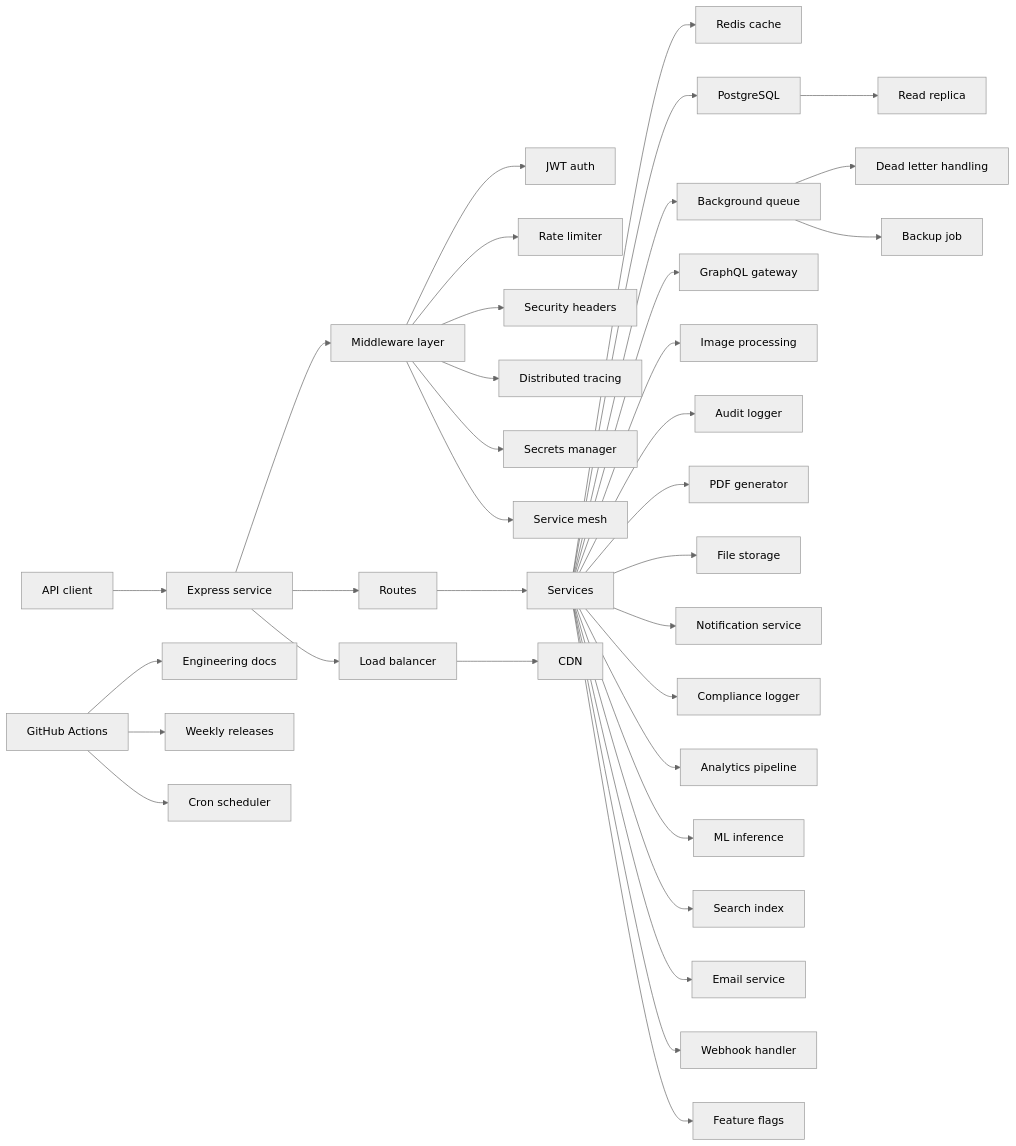
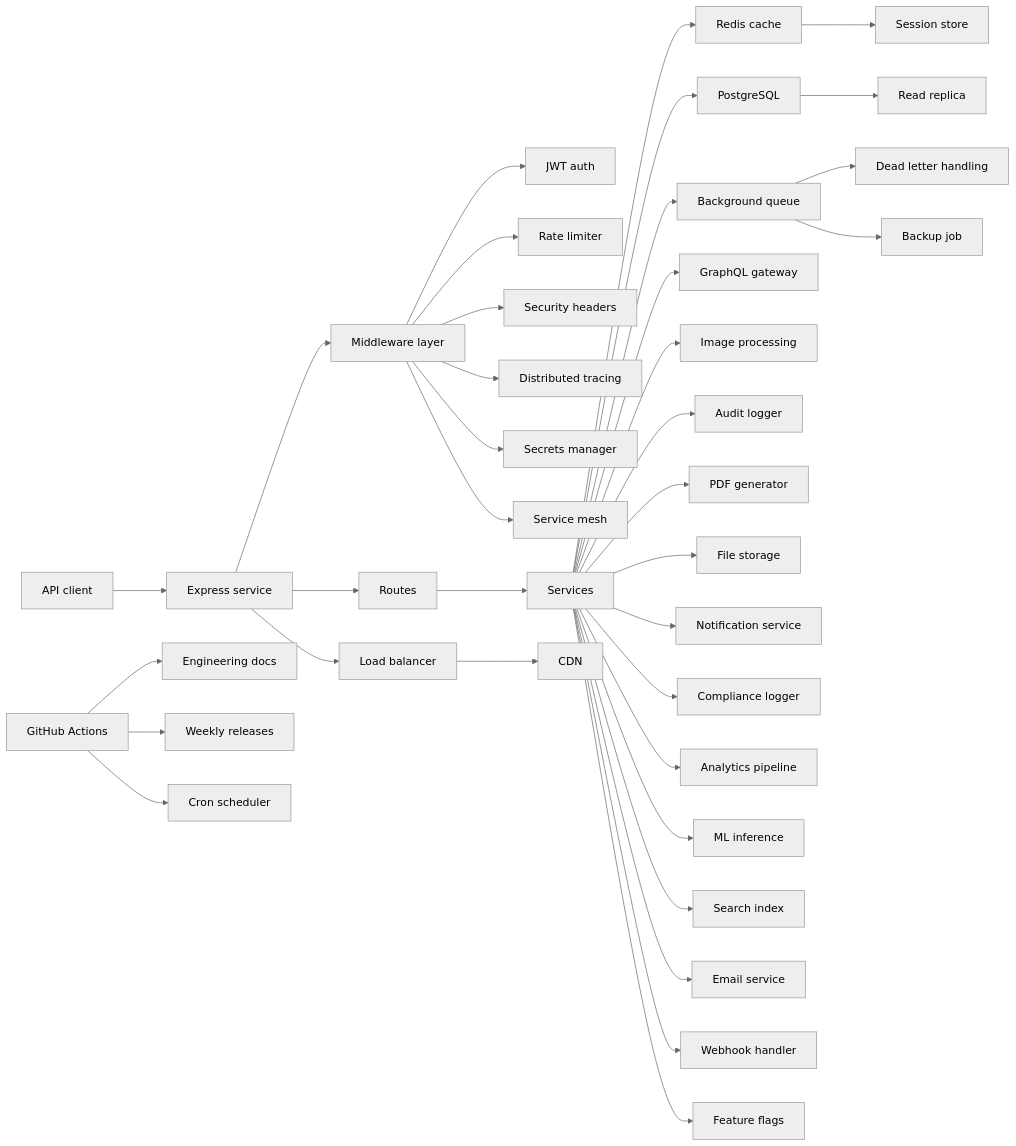
One commit to P-r-e-m-i-u-m/Aridon changed the diagram in README.md. Above: the diagram before and after it, drawn with Mermaid (neutral theme).

Commit message:
docs: grow system snapshot diagram 2026-07-27

````diff
--- a/README.md
+++ b/README.md
@@ -24,37 +24,38 @@
 ```mermaid
 flowchart LR
   Client["API client"] --> Express["Express service"]
   Express --> Middleware["Middleware layer"]
   Middleware --> Auth["JWT auth"]
   Middleware --> RateLimit["Rate limiter"]
   Middleware --> Security["Security headers"]
   Express --> Routes["Routes"]
   Routes --> Services["Services"]
   Services --> Redis["Redis cache"]
   Services --> Postgres["PostgreSQL"]
   Services --> Queue["Background queue"]
   Queue --> DLQ["Dead letter handling"]
   Actions["GitHub Actions"] --> Docs["Engineering docs"]
   Actions --> Releases["Weekly releases"]
   Services --> GraphqlGW["GraphQL gateway"]
   Services --> ImageProcessing["Image processing"]
   Middleware --> Tracing["Distributed tracing"]
   Actions --> CronScheduler["Cron scheduler"]
   Services --> AuditLog["Audit logger"]
   Services --> PdfGenerator["PDF generator"]
   Postgres --> ReadReplica["Read replica"]
   Services --> FileStorage["File storage"]
   Services --> Notifications["Notification service"]
   LoadBalancer --> CDN["CDN"]
   Services --> ComplianceLog["Compliance logger"]
   Middleware --> SecretsManager["Secrets manager"]
   Services --> Analytics["Analytics pipeline"]
   Services --> MLInference["ML inference"]
   Services --> SearchIndex["Search index"]
   Queue --> BackupJob["Backup job"]
   Services --> EmailService["Email service"]
   Services --> WebhookHandler["Webhook handler"]
   Middleware --> ServiceMesh["Service mesh"]
   Services --> FeatureFlags["Feature flags"]
   Express --> LoadBalancer["Load balancer"]
+  Redis --> SessionStore["Session store"]
 ```
````
